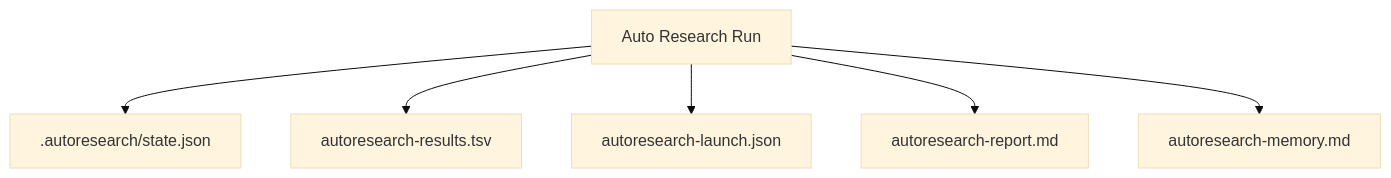
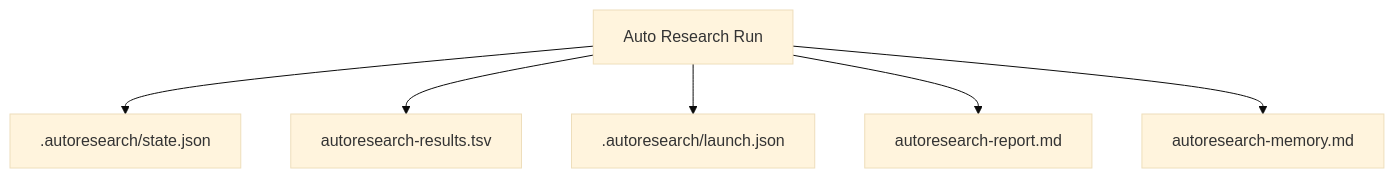
The second of 3 diagrams in wiki/Configuration.md (Maleick/claude-autoresearch), drawn with Mermaid (base theme) before and after one commit. The commit also changed other lines of this file and 2 other files, not shown here.

Commit message:
fix: correct 4 launch.json path references in docs/wiki, complete self-improvement loop
- Fixed 4 stale autaresearch-launch.json → .autoresearch/launch.json in README, ARCHITECTURE, Configuration wiki
- Self-improvement-001 complete: 9/10 iterations, 9 kept, 0 discarded

````diff
--- a/wiki/Configuration.md
+++ b/wiki/Configuration.md
@@ -36,8 +36,8 @@
 ```mermaid
 flowchart TD
     A[Auto Research Run] --> B[.autoresearch/state.json]
     A --> C[autoresearch-results.tsv]
-    A --> D[autoresearch-launch.json]
+    A --> D[.autoresearch/launch.json]
     A --> E[autoresearch-report.md]
     A --> F[autoresearch-memory.md]
 ```
````
